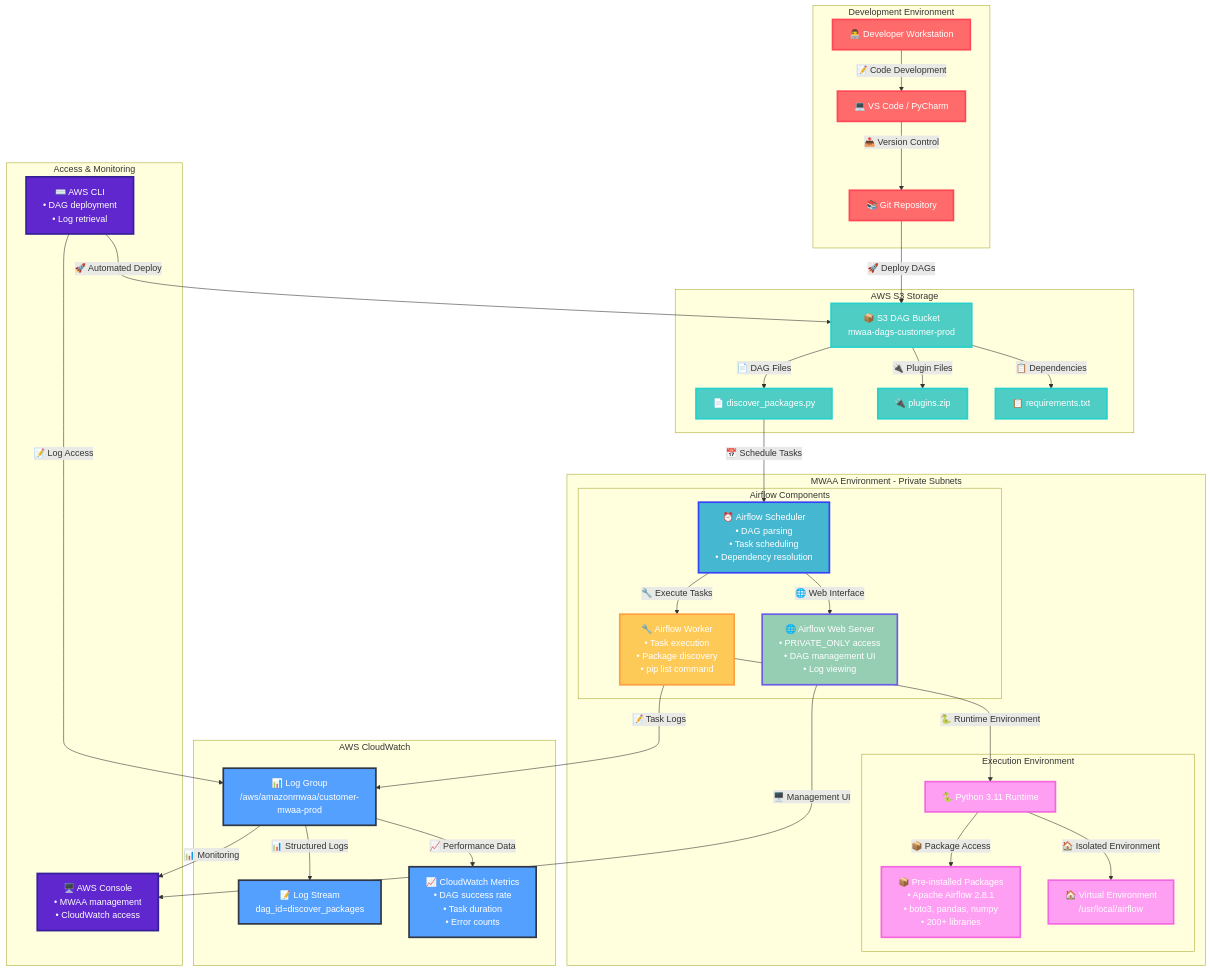
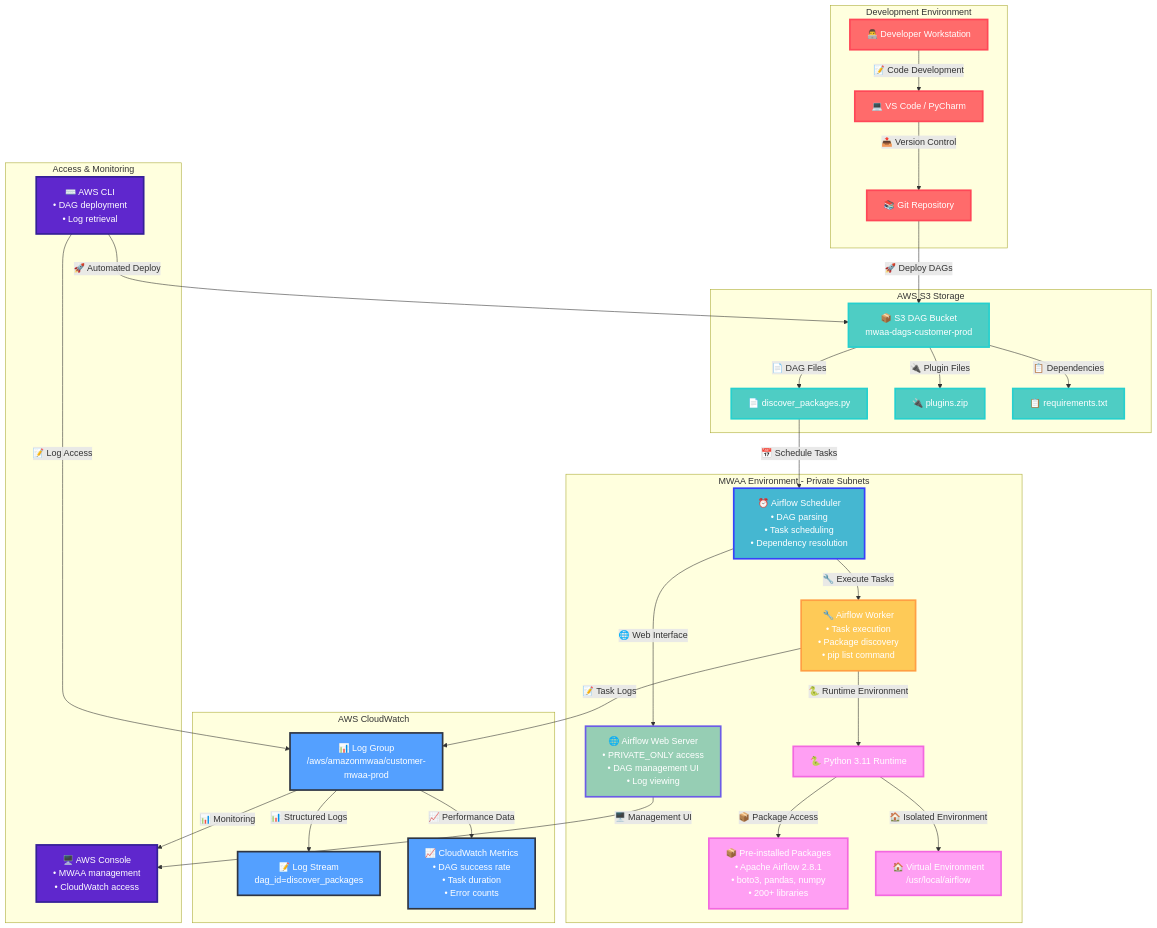
Before and after one commit to demoq-demo/mwaa: the tenth of 12 diagrams in README.md, drawn with Mermaid.

````diff
--- a/README.md
+++ b/README.md
@@ -716,73 +716,69 @@
 ```mermaid
 graph TB
     subgraph "Development Environment"
         DEV[👨‍💻 Developer Workstation]:::dev
         IDE[💻 VS Code / PyCharm]:::dev
         GIT[📚 Git Repository]:::dev
     end
     
     subgraph "AWS S3 Storage"
         S3BUCKET[📦 S3 DAG Bucket<br/>mwaa-dags-customer-prod]:::s3
         DAGFILE[📄 discover_packages.py]:::s3
         PLUGINS[🔌 plugins.zip]:::s3
         REQS[📋 requirements.txt]:::s3
     end
     
     subgraph "MWAA Environment - Private Subnets"
-        subgraph "Airflow Components"
-            SCHEDULER[⏰ Airflow Scheduler<br/>• DAG parsing<br/>• Task scheduling<br/>• Dependency resolution]:::scheduler
-            WEBSERVER[🌐 Airflow Web Server<br/>• PRIVATE_ONLY access<br/>• DAG management UI<br/>• Log viewing]:::webserver
-            WORKER[🔧 Airflow Worker<br/>• Task execution<br/>• Package discovery<br/>• pip list command]:::worker
-        end
+        SCHEDULER[⏰ Airflow Scheduler<br/>• DAG parsing<br/>• Task scheduling<br/>• Dependency resolution]:::scheduler
+        WEBSERVER[🌐 Airflow Web Server<br/>• PRIVATE_ONLY access<br/>• DAG management UI<br/>• Log viewing]:::webserver
+        WORKER[🔧 Airflow Worker<br/>• Task execution<br/>• Package discovery<br/>• pip list command]:::worker
         
-        subgraph "Execution Environment"
-            PYTHON[🐍 Python 3.11 Runtime]:::runtime
-            PACKAGES[📦 Pre-installed Packages<br/>• Apache Airflow 2.8.1<br/>• boto3, pandas, numpy<br/>• 200+ libraries]:::runtime
-            VENV[🏠 Virtual Environment<br/>/usr/local/airflow]:::runtime
-        end
+        PYTHON[🐍 Python 3.11 Runtime]:::runtime
+        PACKAGES[📦 Pre-installed Packages<br/>• Apache Airflow 2.8.1<br/>• boto3, pandas, numpy<br/>• 200+ libraries]:::runtime
+        VENV[🏠 Virtual Environment<br/>/usr/local/airflow]:::runtime
     end
     
     subgraph "AWS CloudWatch"
         LOGGROUP[📊 Log Group<br/>/aws/amazonmwaa/customer-mwaa-prod]:::logs
         LOGSTREAM[📝 Log Stream<br/>dag_id=discover_packages]:::logs
         METRICS[📈 CloudWatch Metrics<br/>• DAG success rate<br/>• Task duration<br/>• Error counts]:::logs
     end
     
     subgraph "Access & Monitoring"
         CONSOLE[🖥️ AWS Console<br/>• MWAA management<br/>• CloudWatch access]:::access
         CLI[⌨️ AWS CLI<br/>• DAG deployment<br/>• Log retrieval]:::access
     end
     
     DEV -->|📝 Code Development| IDE
     IDE -->|📤 Version Control| GIT
     GIT -->|🚀 Deploy DAGs| S3BUCKET
     S3BUCKET -->|📄 DAG Files| DAGFILE
     S3BUCKET -->|🔌 Plugin Files| PLUGINS
     S3BUCKET -->|📋 Dependencies| REQS
     
     DAGFILE -->|📅 Schedule Tasks| SCHEDULER
     SCHEDULER -->|🌐 Web Interface| WEBSERVER
     SCHEDULER -->|🔧 Execute Tasks| WORKER
     
     WORKER -->|🐍 Runtime Environment| PYTHON
     PYTHON -->|📦 Package Access| PACKAGES
     PYTHON -->|🏠 Isolated Environment| VENV
     
     WORKER -->|📝 Task Logs| LOGGROUP
     LOGGROUP -->|📊 Structured Logs| LOGSTREAM
     LOGGROUP -->|📈 Performance Data| METRICS
     
     WEBSERVER -->|🖥️ Management UI| CONSOLE
     LOGGROUP -->|📊 Monitoring| CONSOLE
     CLI -->|🚀 Automated Deploy| S3BUCKET
     CLI -->|📝 Log Access| LOGGROUP
     
     classDef dev fill:#FF6B6B,stroke:#FF4757,stroke-width:3px,color:#fff
     classDef s3 fill:#4ECDC4,stroke:#26D0CE,stroke-width:3px,color:#fff
     classDef scheduler fill:#45B7D1,stroke:#3742FA,stroke-width:3px,color:#fff
     classDef webserver fill:#96CEB4,stroke:#6C5CE7,stroke-width:3px,color:#fff
     classDef worker fill:#FECA57,stroke:#FF9F43,stroke-width:3px,color:#fff
     classDef runtime fill:#FF9FF3,stroke:#F368E0,stroke-width:3px,color:#fff
     classDef logs fill:#54A0FF,stroke:#2F3542,stroke-width:3px,color:#fff
     classDef access fill:#5F27CD,stroke:#341F97,stroke-width:3px,color:#fff
 ```
````
